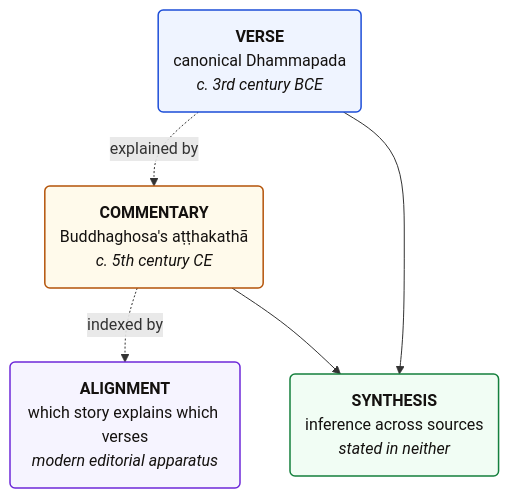
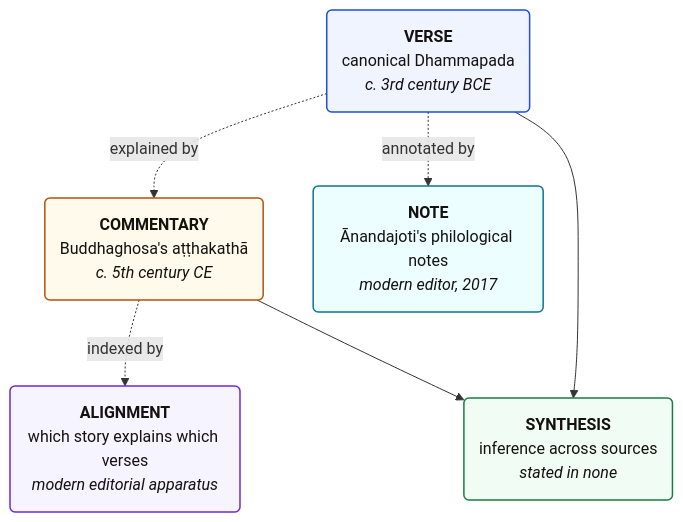
One commit to mihinbuilds/dhammapada-rag changed the second of 2 diagrams in README.md. Above: the diagram before and after it, drawn with Mermaid. The commit also changed other lines of this file and 18 other files, not shown here.

First line of the commit message:
Add a fifth layer, `note`, for Ānandajoti's interlinear notes

````diff
--- a/README.md
+++ b/README.md
@@ -154,21 +154,25 @@
 ```mermaid
 flowchart TB
     V("<b>VERSE</b><br>canonical Dhammapada<br><i>c. 3rd century BCE</i>")
     C("<b>COMMENTARY</b><br>Buddhaghosa's aṭṭhakathā<br><i>c. 5th century CE</i>")
     AL("<b>ALIGNMENT</b><br>which story explains which verses<br><i>modern editorial apparatus</i>")
-    SY("<b>SYNTHESIS</b><br>inference across sources<br><i>stated in neither</i>")
+    NO("<b>NOTE</b><br>Ānandajoti's philological notes<br><i>modern editor, 2017</i>")
+    SY("<b>SYNTHESIS</b><br>inference across sources<br><i>stated in none</i>")
 
     V -.->|explained by| C
     C -.->|indexed by| AL
+    V -.->|annotated by| NO
     V --> SY
     C --> SY
 
     classDef verse fill:#EFF4FF,stroke:#1D4ED8,stroke-width:1.5px,color:#14110F
     classDef comm fill:#FFFAEB,stroke:#B45309,stroke-width:1.5px,color:#14110F
     classDef align fill:#F6F4FF,stroke:#6D28D9,stroke-width:1.5px,color:#14110F
+    classDef note fill:#ECFEFF,stroke:#0E7490,stroke-width:1.5px,color:#14110F
     classDef synth fill:#F1FDF4,stroke:#15803D,stroke-width:1.5px,color:#14110F
     class V verse
     class C comm
     class AL align
+    class NO note
     class SY synth
 ```
````
